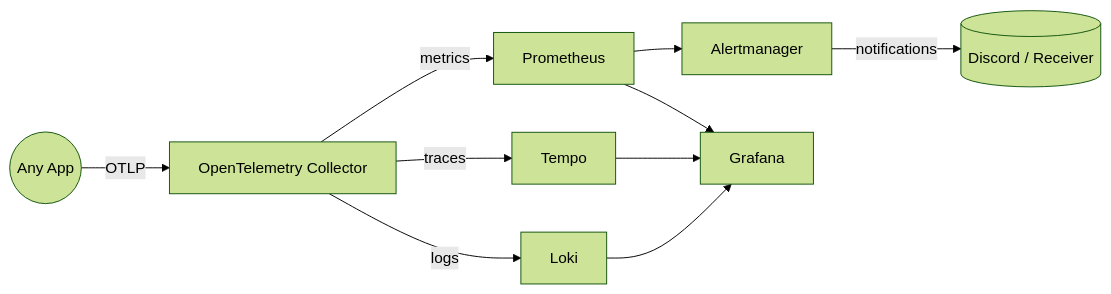
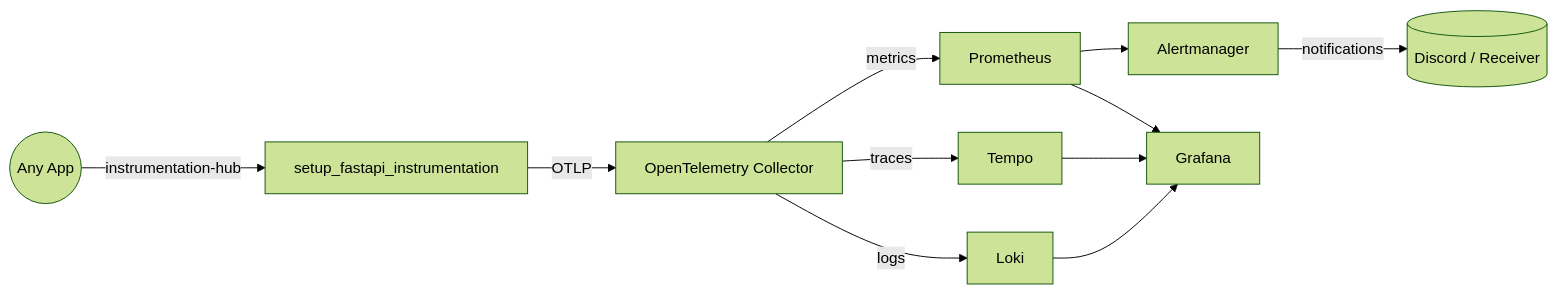
The diagram in observability/docs/main.md (vyavasthita/oaas), drawn with Mermaid (forest theme) before and after one commit. The commit also changed other lines of this file and 8 other files, not shown here.

````diff
--- a/observability/docs/main.md
+++ b/observability/docs/main.md
@@ -93,12 +87,13 @@
 ```mermaid
 flowchart LR
-    app((Any App)) -->|OTLP| collector[OpenTelemetry Collector]
+    app((Any App)) -->|instrumentation-hub| helper[setup_fastapi_instrumentation]
+    helper -->|OTLP| collector[OpenTelemetry Collector]
     collector -->|logs| loki[Loki]
     collector -->|traces| tempo[Tempo]
     collector -->|metrics| prometheus[Prometheus]
     prometheus --> alertmanager[Alertmanager]
     loki --> grafana[Grafana]
     tempo --> grafana
     prometheus --> grafana
     alertmanager -->|notifications| discord[(Discord / Receiver)]
 ```
````
